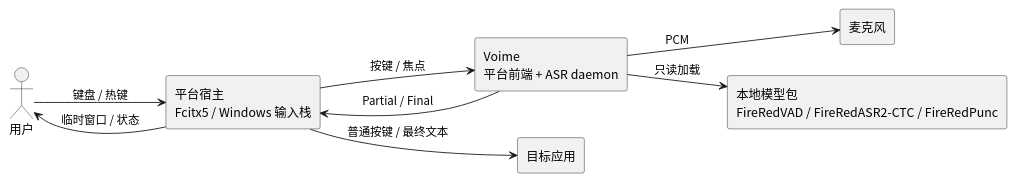
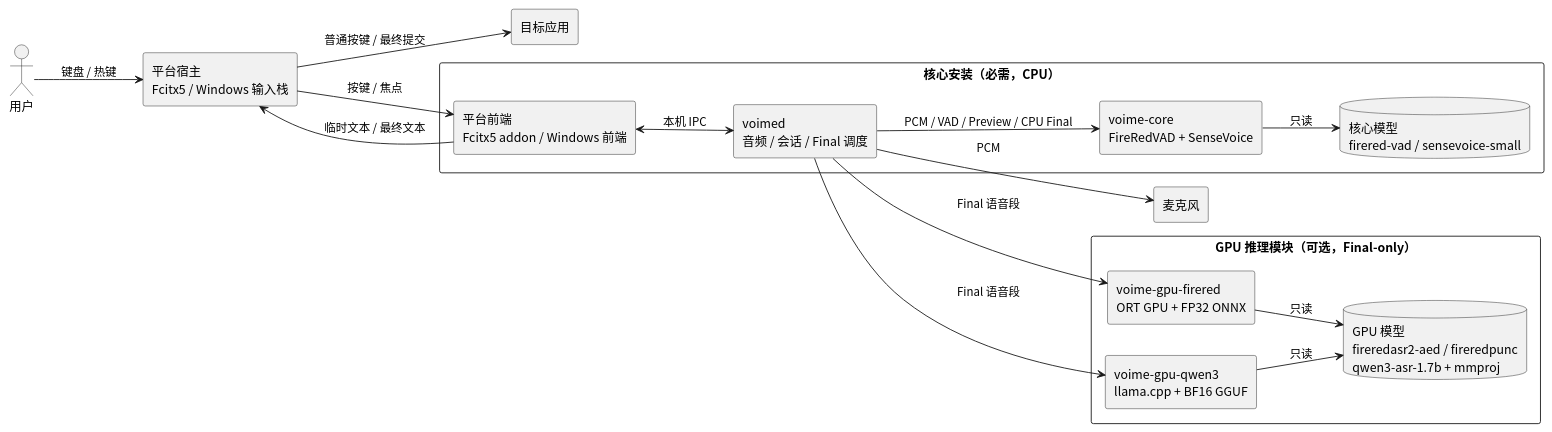
The diagram in diagram/general-architecture.puml (54m43lJ/voime), drawn with PlantUML before and after one commit. The commit also changed 72 other files, not shown here.

```diff
--- a/diagram/general-architecture.puml
+++ b/diagram/general-architecture.puml
@@ -1,21 +1,38 @@
 @startuml
 skinparam defaultFontName "Noto Sans CJK SC"
 skinparam shadowing false
 skinparam componentStyle rectangle
+skinparam packageStyle rectangle
 left to right direction
 
 actor "用户" as User
 component "平台宿主\nFcitx5 / Windows 输入栈" as Host
-component "Voime\n平台前端 + ASR daemon" as Voime
 component "目标应用" as App
 component "麦克风" as Mic
-component "本地模型包\nFireRedVAD / FireRedASR2-CTC / FireRedPunc" as Models
+
+package "核心安装（必需，CPU）" {
+  component "平台前端\nFcitx5 addon / Windows 前端" as Frontend
+  component "voimed\n音频 / 会话 / Final 调度" as Daemon
+  component "voime-core\nFireRedVAD + SenseVoice" as Core
+  database "核心模型\nfirered-vad / sensevoice-small" as CoreModels
+}
+
+package "GPU 推理模块（可选，Final-only）" {
+  component "voime-gpu-firered\nORT GPU + FP32 ONNX" as Firered
+  component "voime-gpu-qwen3\nllama.cpp + BF16 GGUF" as Qwen
+  database "GPU 模型\nfireredasr2-aed / fireredpunc\nqwen3-asr-1.7b + mmproj" as GpuModels
+}
 
 User --> Host : 键盘 / 热键
-Host --> Voime : 按键 / 焦点
-Voime --> Host : Partial / Final
-Host --> App : 普通按键 / 最终文本
-Host --> User : 临时窗口 / 状态
-Voime --> Mic : PCM
-Voime --> Models : 只读加载
+Host --> Frontend : 按键 / 焦点
+Frontend --> Host : 临时文本 / 最终文本
+Host --> App : 普通按键 / 最终提交
+Frontend <--> Daemon : 本机 IPC
+Daemon --> Core : PCM / VAD / Preview / CPU Final
+Core --> CoreModels : 只读
+Daemon --> Mic : PCM
+Daemon --> Firered : Final 语音段
+Daemon --> Qwen : Final 语音段
+Firered --> GpuModels : 只读
+Qwen --> GpuModels : 只读
 @enduml
```
